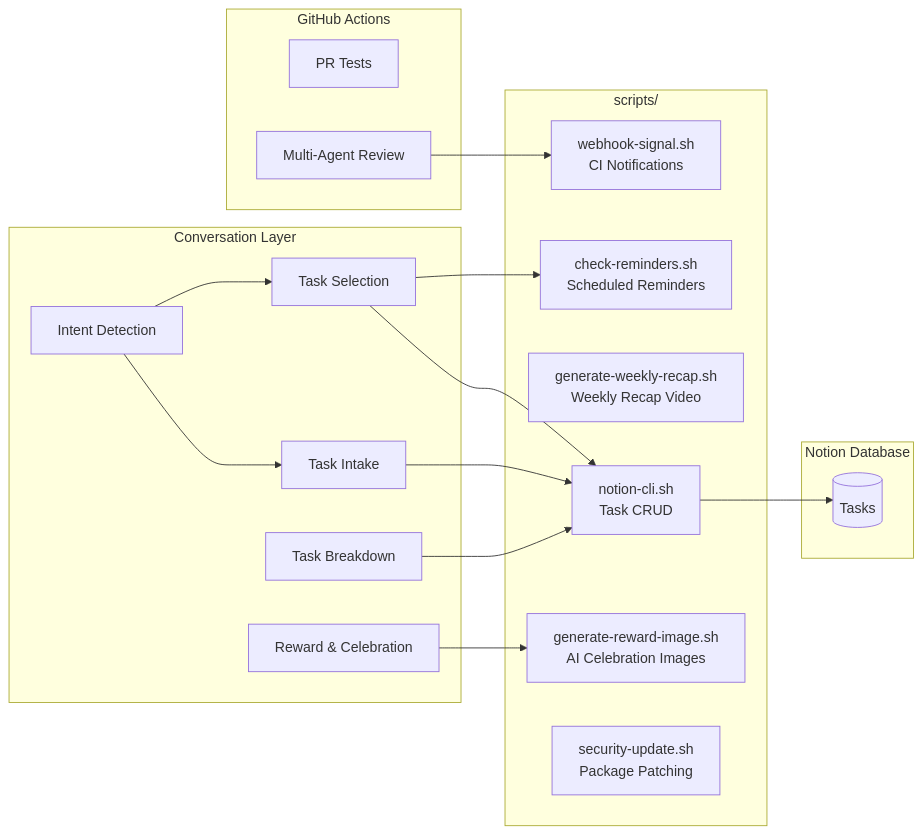
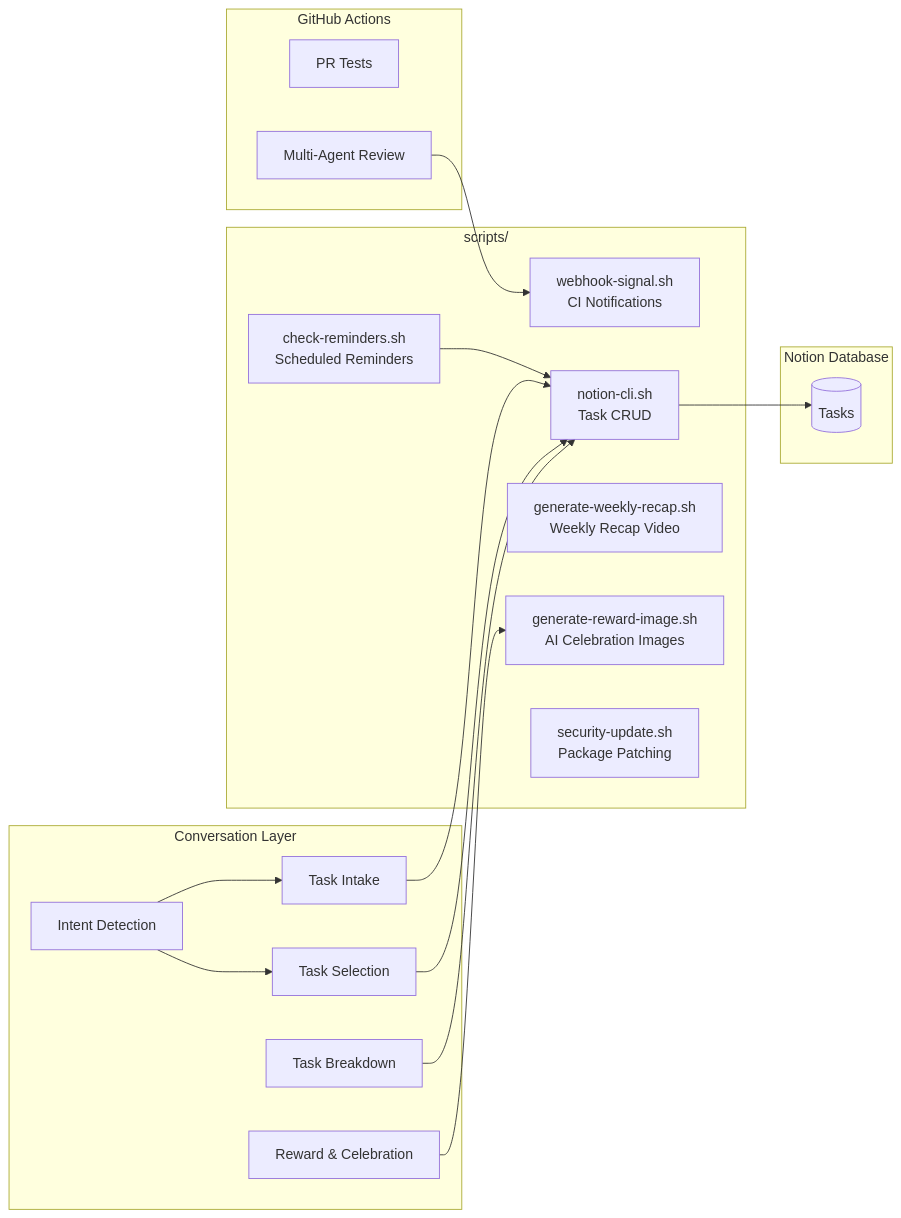
The second of 6 diagrams in docs/architecture.md (NickBorgersProbably/hide-my-list), drawn with Mermaid before and after one commit. The commit also changed 1 other file, not shown here.

Commit message:
Fix missed reminder status and architecture diagram consistency
- Missed reminders now correctly transition to Completed status (matching
  docs/task-lifecycle.md and docs/notion-schema.md)
- Fix misleading Selection --> ReminderChk arrow; reminders are triggered
  by cron, not task selection — now shows ReminderChk --> NotionCLI

````diff
--- a/docs/architecture.md
+++ b/docs/architecture.md
@@ -59,38 +59,38 @@
 ```mermaid
 flowchart LR
     subgraph Prompts["Conversation Layer"]
         Intent[Intent Detection]
         Intake[Task Intake]
         Selection[Task Selection]
         Breakdown[Task Breakdown]
         Reward[Reward & Celebration]
     end
 
     subgraph Scripts["scripts/"]
         NotionCLI[notion-cli.sh<br/>Task CRUD]
         RewardImg[generate-reward-image.sh<br/>AI Celebration Images]
         RecapVid[generate-weekly-recap.sh<br/>Weekly Recap Video]
         WebhookSig[webhook-signal.sh<br/>CI Notifications]
         ReminderChk[check-reminders.sh<br/>Scheduled Reminders]
         SecUpdate[security-update.sh<br/>Package Patching]
     end
 
     subgraph Storage["Notion Database"]
         Tasks[(Tasks)]
     end
 
     subgraph CI["GitHub Actions"]
         PRTests[PR Tests]
         Review[Multi-Agent Review]
     end
 
     Intent --> Intake
     Intent --> Selection
     Intake --> NotionCLI
     Selection --> NotionCLI
     NotionCLI --> Tasks
     Breakdown --> NotionCLI
     Reward --> RewardImg
-    Selection --> ReminderChk
+    ReminderChk --> NotionCLI
     Review --> WebhookSig
 ```
````
